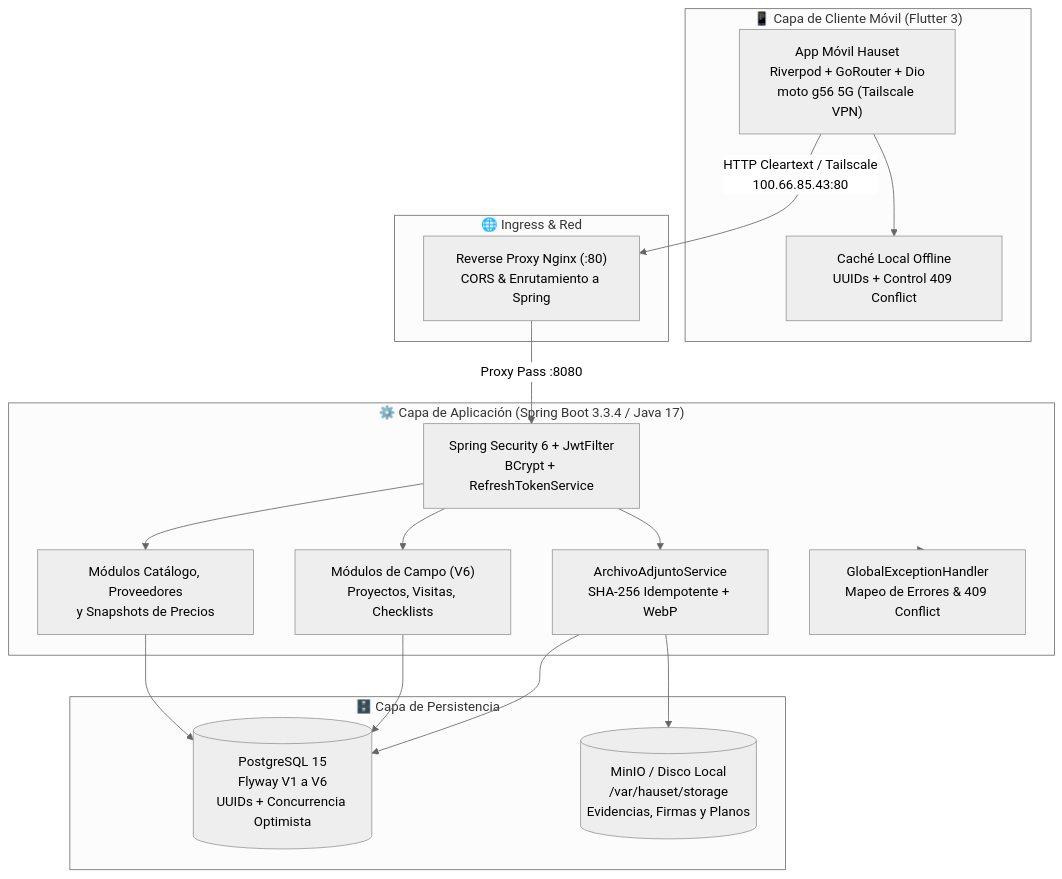
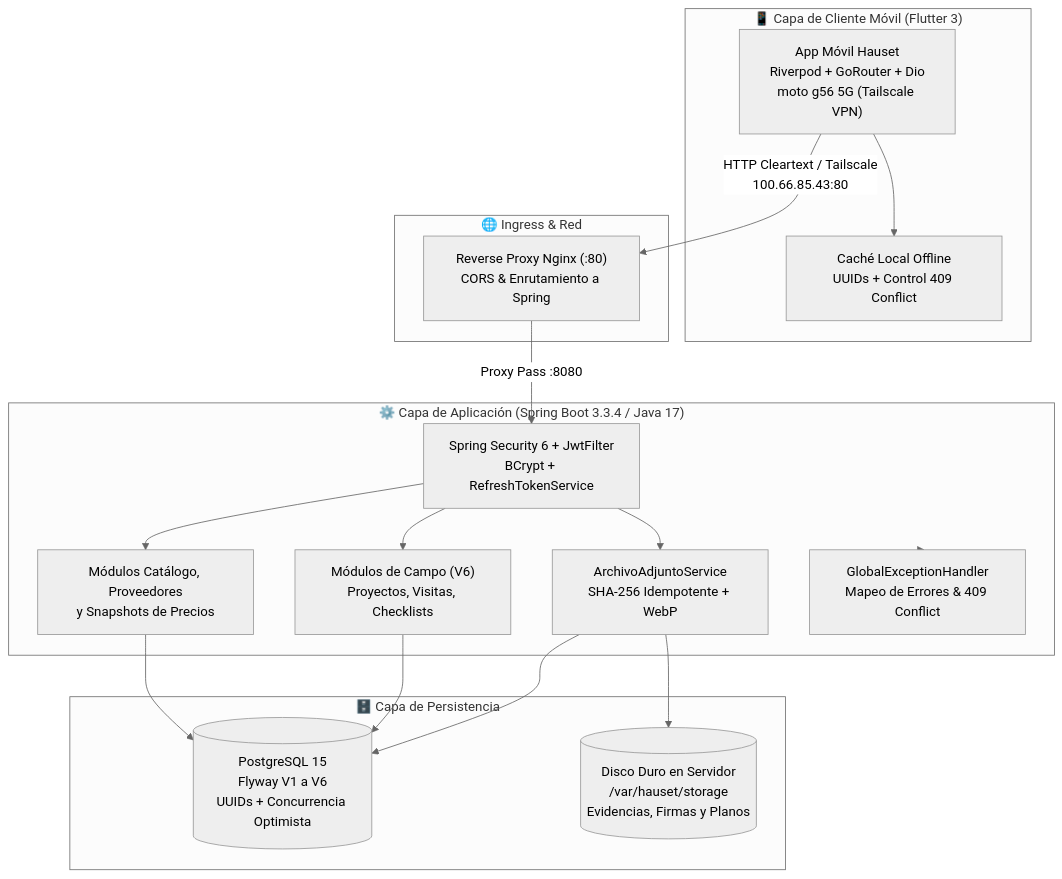
One commit to kyloren831/informe_sistema_hauset changed the first of 2 diagrams in INFORME_DETALLADO.md. Above: the diagram before and after it, drawn with Mermaid (neutral theme). The commit also changed other lines of this file and 3 other files, not shown here.

Commit message:
fix: ajustar metricas de frontend a fase inicial (20%) y actualizar arquitectura de almacenamiento a disco duro local en servidor

````diff
--- a/INFORME_DETALLADO.md
+++ b/INFORME_DETALLADO.md
@@ -37,36 +37,36 @@
 ```mermaid
 graph TD
     subgraph Frontend["📱 Capa de Cliente Móvil (Flutter 3)"]
         A["App Móvil Hauset<br/>Riverpod + GoRouter + Dio<br/>moto g56 5G (Tailscale VPN)"]
         A_Cache["Caché Local Offline<br/>UUIDs + Control 409 Conflict"]
         A --> A_Cache
     end
 
     subgraph Ingress["🌐 Ingress & Red"]
         Nginx["Reverse Proxy Nginx (:80)<br/>CORS & Enrutamiento a Spring"]
     end
 
     subgraph Backend["⚙️ Capa de Aplicación (Spring Boot 3.3.4 / Java 17)"]
         Security["Spring Security 6 + JwtFilter<br/>BCrypt + RefreshTokenService"]
         CatSvc["Módulos Catálogo, Proveedores<br/>y Snapshots de Precios"]
         MediaSvc["ArchivoAdjuntoService<br/>SHA-256 Idempotente + WebP"]
         FieldSvc["Módulos de Campo (V6)<br/>Proyectos, Visitas, Checklists"]
         GlobalEx["GlobalExceptionHandler<br/>Mapeo de Errores & 409 Conflict"]
     end
 
     subgraph Storage["🗄️ Capa de Persistencia"]
         PG[("PostgreSQL 15<br/>Flyway V1 a V6<br/>UUIDs + Concurrencia Optimista")]
-        Disk[("MinIO / Disco Local<br/>/var/hauset/storage<br/>Evidencias, Firmas y Planos")]
+        Disk[("Disco Duro en Servidor<br/>/var/hauset/storage<br/>Evidencias, Firmas y Planos")]
     end
 
     A -->|"HTTP Cleartext / Tailscale<br/>100.66.85.43:80"| Nginx
     Nginx -->|"Proxy Pass :8080"| Security
     Security --> CatSvc
     Security --> MediaSvc
     Security --> FieldSvc
     Backend --> GlobalEx
     CatSvc --> PG
     FieldSvc --> PG
     MediaSvc --> PG
     MediaSvc --> Disk
 ```
````
